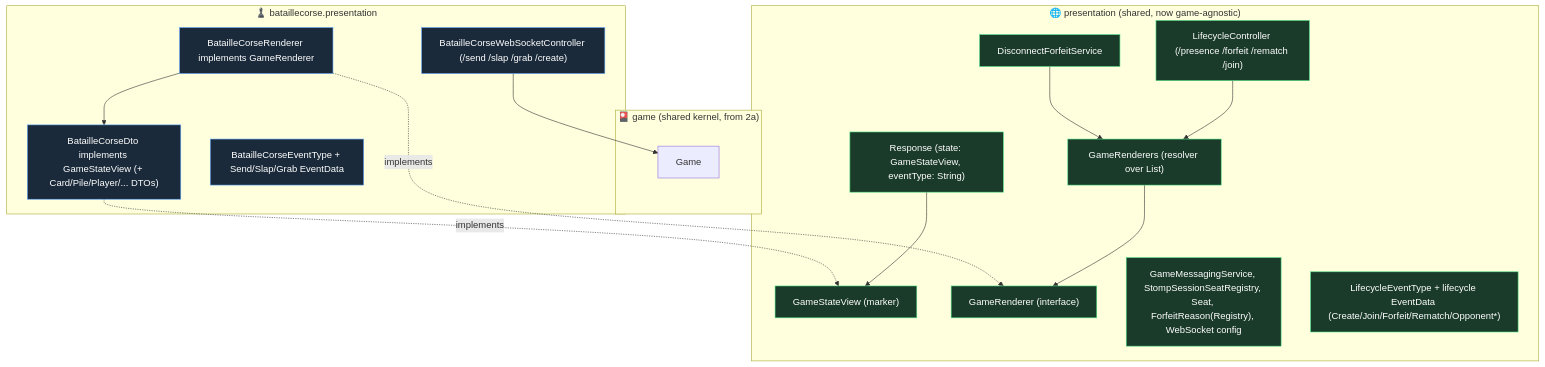
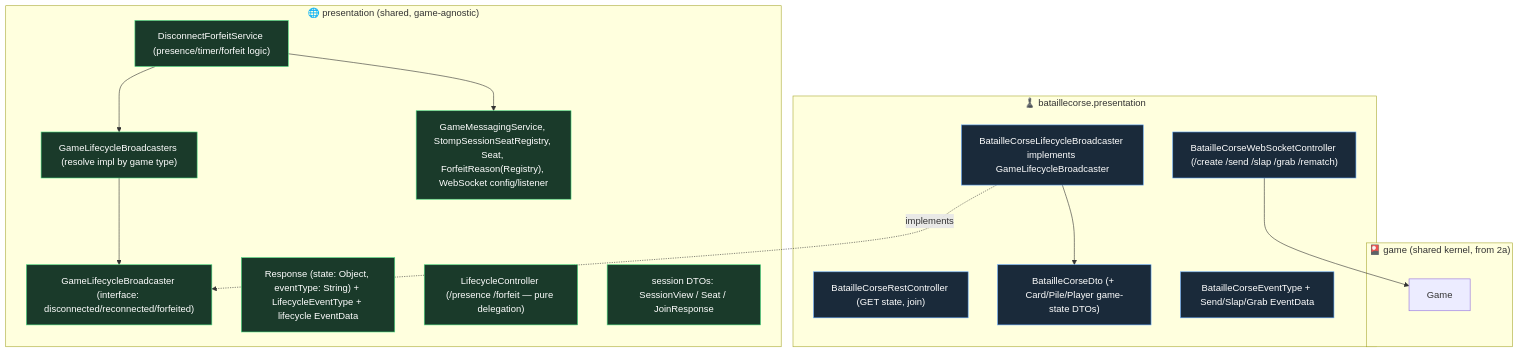
The diagram in docs/superpowers/specs/2026-06-14-bataillecorse-presentation-split-design.md (KevinKib/BatailleCorse), drawn with Mermaid before and after one commit. The commit also changed other lines of this file, not shown here.

First line of the commit message:
docs(slice2b-i): rework split design — lifecycle verb-seam, no rendering abstraction

````diff
--- a/docs/superpowers/specs/2026-06-14-bataillecorse-presentation-split-design.md
+++ b/docs/superpowers/specs/2026-06-14-bataillecorse-presentation-split-design.md
@@ -23,38 +22,36 @@
 ```mermaid
 graph TB
     subgraph Kernel["🎴 game (shared kernel, from 2a)"]
         G["Game"]
     end
 
-    subgraph SharedPres["🌐 presentation (shared, now game-agnostic)"]
-        RESP["Response (state: GameStateView, eventType: String)"]
-        GSV["GameStateView (marker)"]
-        REN["GameRenderer (interface)"]
-        RENS["GameRenderers (resolver over List<GameRenderer>)"]
-        LIFE["LifecycleController (/presence /forfeit /rematch /join)"]
-        DFS["DisconnectForfeitService"]
-        PLUMB["GameMessagingService, StompSessionSeatRegistry, Seat, ForfeitReason(Registry), WebSocket config"]
-        LET["LifecycleEventType + lifecycle EventData (Create/Join/Forfeit/Rematch/Opponent*)"]
+    subgraph SharedPres["🌐 presentation (shared, game-agnostic)"]
+        DFS["DisconnectForfeitService (presence/timer/forfeit logic)"]
+        BCAST["GameLifecycleBroadcaster (interface: disconnected/reconnected/forfeited)"]
+        BREG["GameLifecycleBroadcasters (resolve impl by game type)"]
+        PLUMB["GameMessagingService, StompSessionSeatRegistry, Seat, ForfeitReason(Registry), WebSocket config/listener"]
+        RESP["Response (state: Object, eventType: String) + LifecycleEventType + lifecycle EventData"]
+        LIFE["LifecycleController (/presence /forfeit — pure delegation)"]
+        SDTO["session DTOs: SessionView / Seat / JoinResponse"]
     end
 
     subgraph BCPres["♟️ bataillecorse.presentation"]
-        BCC["BatailleCorseWebSocketController (/send /slap /grab /create)"]
-        BCR["BatailleCorseRenderer implements GameRenderer"]
-        BCDTO["BatailleCorseDto implements GameStateView (+ Card/Pile/Player/... DTOs)"]
+        BCC["BatailleCorseWebSocketController (/create /send /slap /grab /rematch)"]
+        BCREST["BatailleCorseRestController (GET state, join)"]
+        BCB["BatailleCorseLifecycleBroadcaster implements GameLifecycleBroadcaster"]
+        BCDTO["BatailleCorseDto (+ Card/Pile/Player game-state DTOs)"]
         BCE["BatailleCorseEventType + Send/Slap/Grab EventData"]
     end
 
-    BCR -.implements.-> REN
-    BCDTO -.implements.-> GSV
-    RENS --> REN
-    DFS --> RENS
-    LIFE --> RENS
+    BCB -.implements.-> BCAST
+    BREG --> BCAST
+    DFS --> BREG
+    DFS --> PLUMB
     BCC --> G
-    BCR --> BCDTO
-    RESP --> GSV
+    BCB --> BCDTO
 
     classDef shared fill:#1a3a2a,stroke:#4ade80,color:#fff;
     classDef bc fill:#1a2a3a,stroke:#60a5fa,color:#fff;
-    class RESP,GSV,REN,RENS,LIFE,DFS,PLUMB,LET shared;
-    class BCC,BCR,BCDTO,BCE bc;
+    class DFS,BCAST,BREG,PLUMB,RESP,LIFE,SDTO shared;
+    class BCC,BCREST,BCB,BCDTO,BCE bc;
 ```
````
